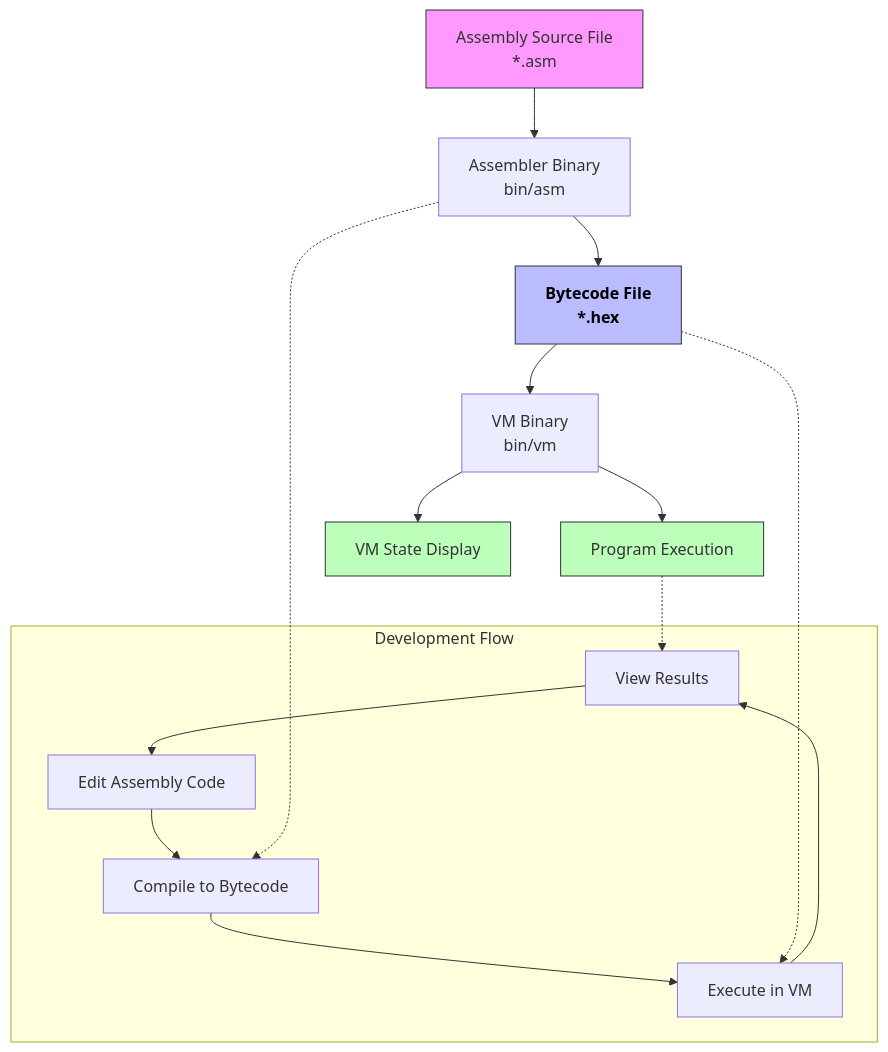
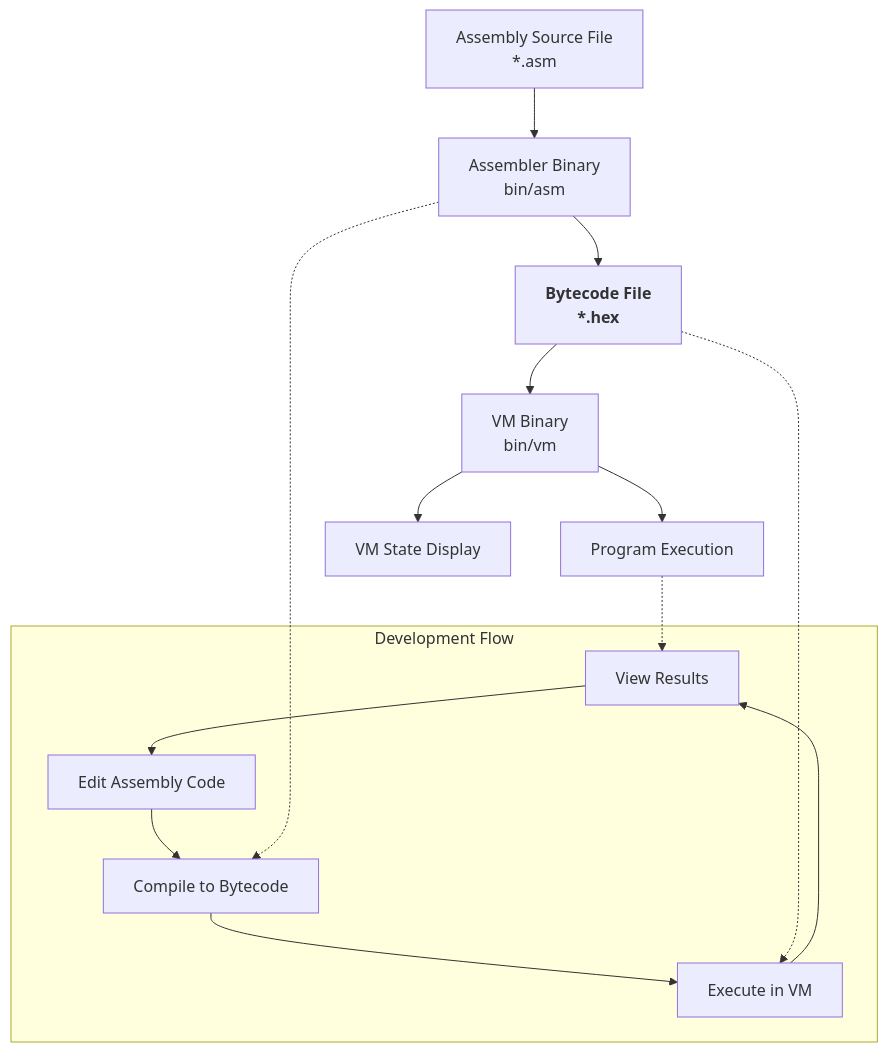
One commit to dtg-lucifer/16bit-vm-rust changed the third of 5 diagrams in README.md. Above: the diagram before and after it, drawn with Mermaid. The commit also changed other lines of this file, not shown here.

````diff
--- a/README.md
+++ b/README.md
@@ -509,27 +497,23 @@
 ```mermaid
 graph TD
     A[Assembly Source File<br>*.asm] --> B[Assembler Binary<br>bin/asm]
     B --> C[Bytecode File<br>*.hex]
     C --> D[VM Binary<br>bin/vm]
     D --> E[Program Execution]
     D --> F[VM State Display]
 
     subgraph "Development Flow"
         G[Edit Assembly Code] --> H[Compile to Bytecode]
         H --> I[Execute in VM]
         I --> J[View Results]
         J --> G
     end
 
     B -.-> H
     C -.-> I
     E -.-> J
 
-    classDef source fill:#f9f,stroke:#333;
-    classDef bytecode fill:#bbf,stroke:#333,color:#000,font-weight:bold;
-    classDef output fill:#bfb,stroke:#333;
+    classDef bytecode font-weight:bold;
 
-    class A source;
     class C bytecode;
-    class E,F output;
 ```
````
